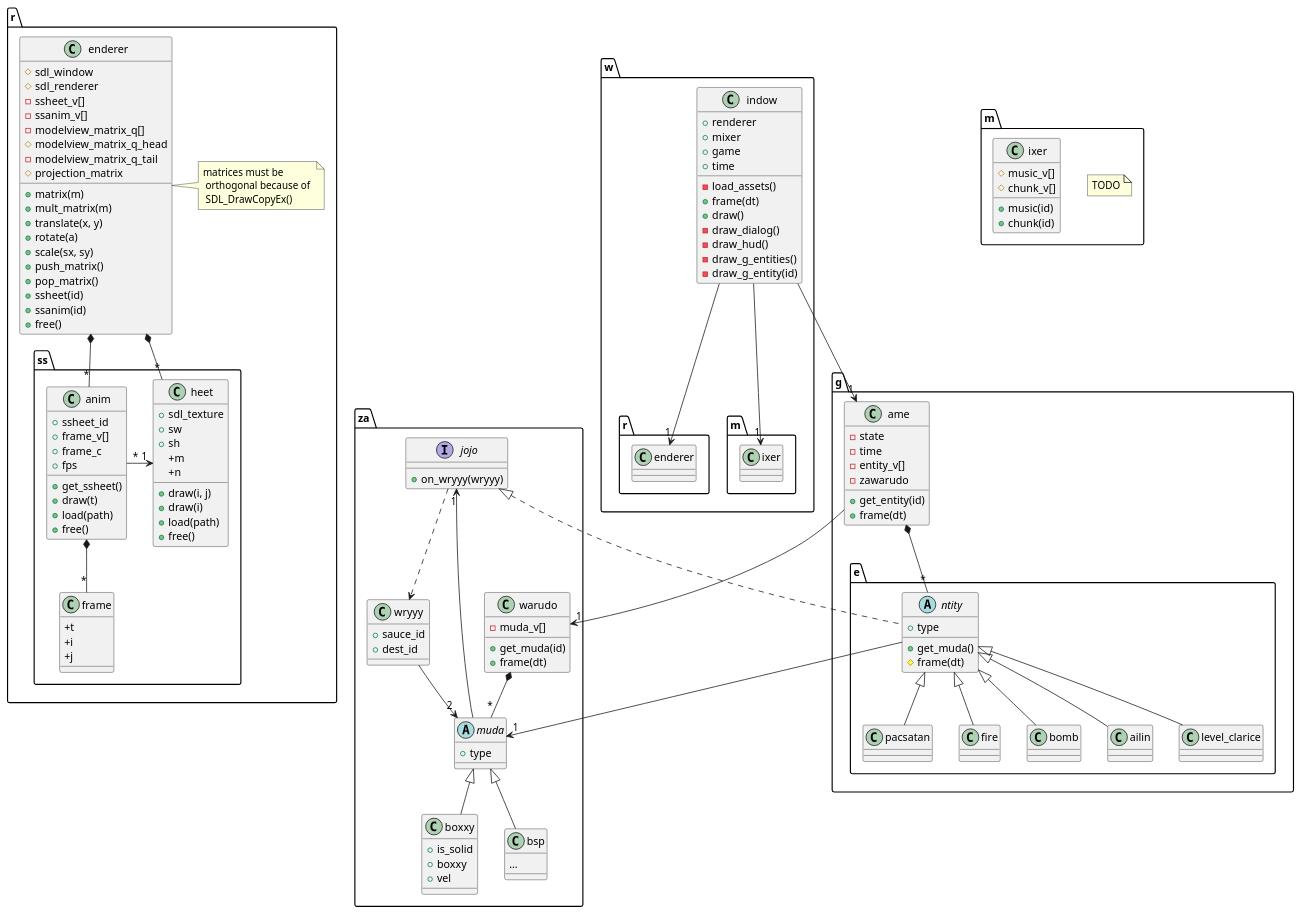
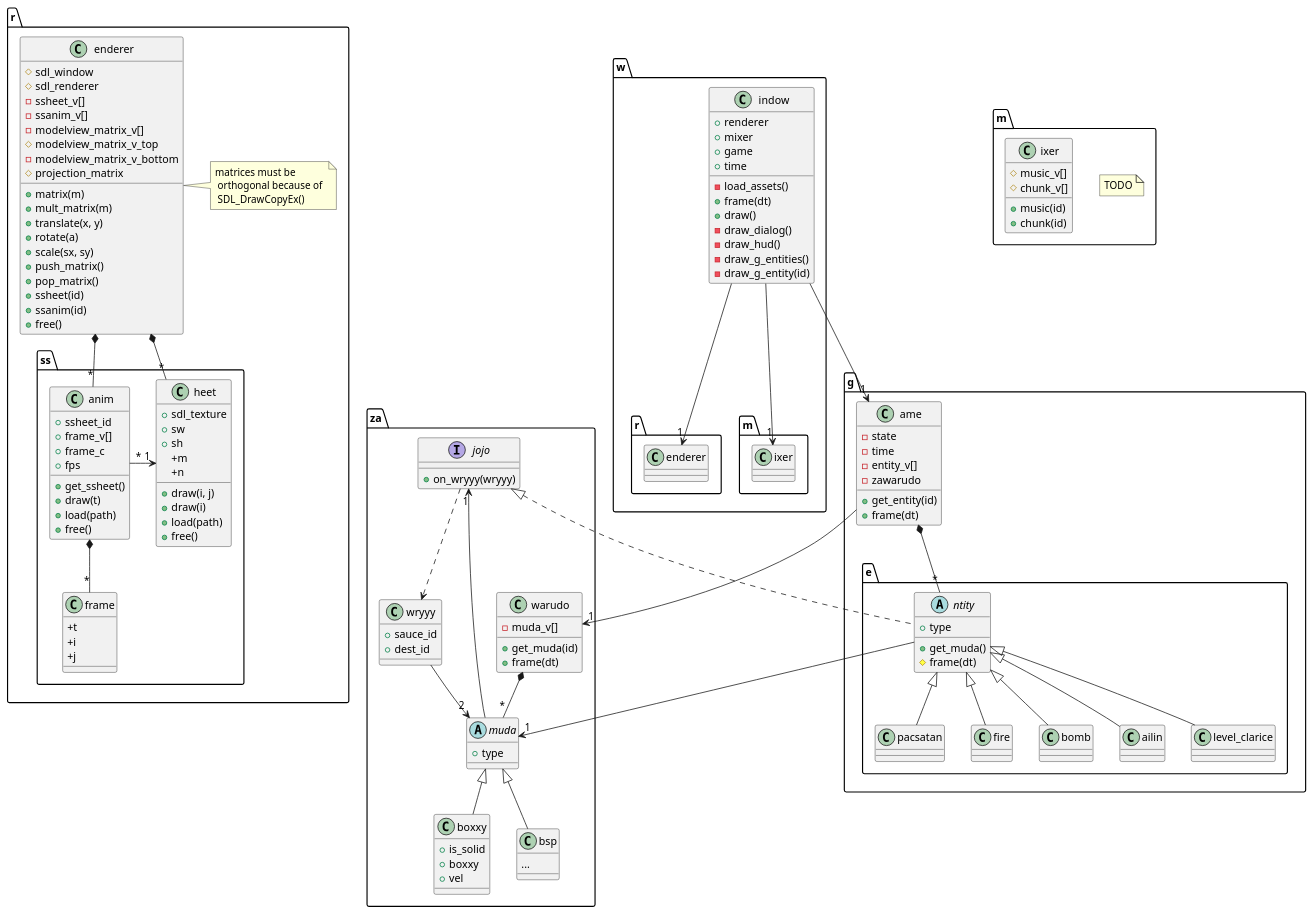
Before and after one commit to skylittlesystem/blank_game: the diagram in doc/classes.plantuml, drawn with PlantUML.

Commit message:
Fix modelview_matrix_v should be stack, not queue.

```diff
--- a/doc/classes.plantuml
+++ b/doc/classes.plantuml
@@ -1,171 +1,171 @@
 @startuml
 
 namespace za {
 	interface jojo {
 		+on_wryyy(wryyy)
 	}
 
 	jojo ..> wryyy
 
 	abstract class muda {
 		+type
 	}
 
 	muda --> "1" jojo
 
 	class boxxy {
 		+is_solid
 		+boxxy
 		+vel
 	}
 
 	muda <|-- boxxy
 
 	class bsp {
 		...
 	}
 
 	muda <|-- bsp
 
 	class wryyy {
 		+sauce_id
 		+dest_id
 	}
 
 	wryyy --> "2" muda
 
 	class warudo {
 		-muda_v[]
 		+get_muda(id)
 		+frame(dt)
 	}
 
 	warudo *-- "*" muda
 }
 
 namespace g {
 	namespace e {
 		abstract class ntity {
 			+type
 			+get_muda()
 			#frame(dt)
 		}
 
 		za.jojo <|.. ntity
 		ntity --> "1" za.muda
 
 		ntity <|-- ailin
 		ntity <|-- level_clarice
 		ntity <|-- pacsatan
 		ntity <|-- fire
 		ntity <|-- bomb
 	}
 
 
 	class ame {
 		-state
 		-time
 		-entity_v[]
 		-zawarudo
 		+get_entity(id)
 		+frame(dt)
 	}
 
 	ame --> "1" za.warudo
 	ame *-- "*" g.e.ntity
 }
 
 namespace w {
 	class indow {
 		+renderer
 		+mixer
 		+game
 		+time
 		-load_assets()
 		+frame(dt)
 		+draw()
 		-draw_dialog()
 		-draw_hud()
 		-draw_g_entities()
 		-draw_g_entity(id)
 	}
 
 	indow --> "1" r.enderer
 	indow --> "1" m.ixer
 	indow --> "1" g.ame
 }
 
 namespace r {
 	namespace ss {
 		class heet {
 			+sdl_texture
 			+sw
 			+sh
 			+m
 			+n
 			+draw(i, j)
 			+draw(i)
 			+load(path)
 			+free()
 		}
 
 		class frame {
 			+t
 			+i
 			+j
 		}
 
 		class anim {
 			+ssheet_id
 			+frame_v[]
 			+frame_c
 			+fps
 			+get_ssheet()
 			+draw(t)
 			+load(path)
 			+free()
 		}
 
 		anim *-- "*" frame
 		anim "*" -> "1" heet
 	}
 
 	class enderer {
 		#sdl_window
 		#sdl_renderer
 		-ssheet_v[]
 		-ssanim_v[]
-		-modelview_matrix_q[]
-		#modelview_matrix_q_head
-		-modelview_matrix_q_tail
+		-modelview_matrix_v[]
+		#modelview_matrix_v_top
+		-modelview_matrix_v_bottom
 		#projection_matrix
 		+matrix(m)
 		+mult_matrix(m)
 		+translate(x, y)
 		+rotate(a)
 		+scale(sx, sy)
 		+push_matrix()
 		+pop_matrix()
 		+ssheet(id)
 		+ssanim(id)
 		+free()
 	}
 
 	note right: matrices must be \n orthogonal because of \n SDL_DrawCopyEx()
 
 	enderer *-- "*" r.ss.heet
 	enderer *-- "*" r.ss.anim
 }
 
 namespace m {
 	note "TODO" as TODONOTE
 
 	class ixer {
 		#music_v[]
 		#chunk_v[]
 		+music(id)
 		+chunk(id)
 	}
 }
 
 @enduml
```
